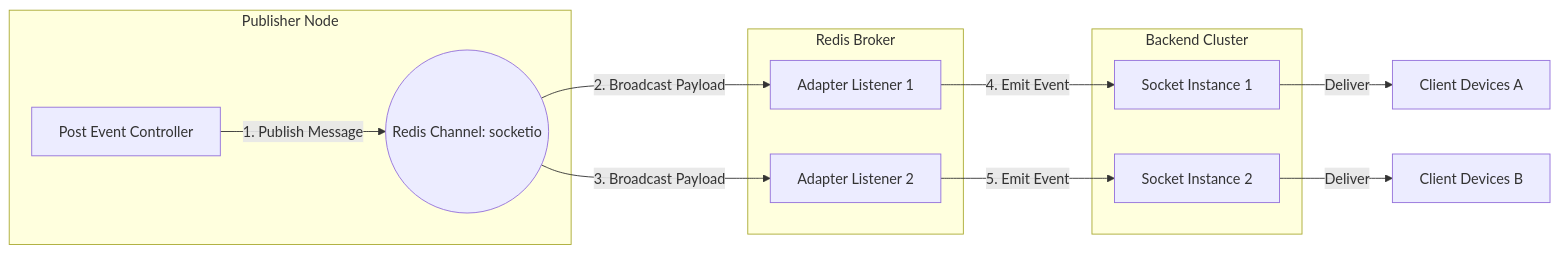
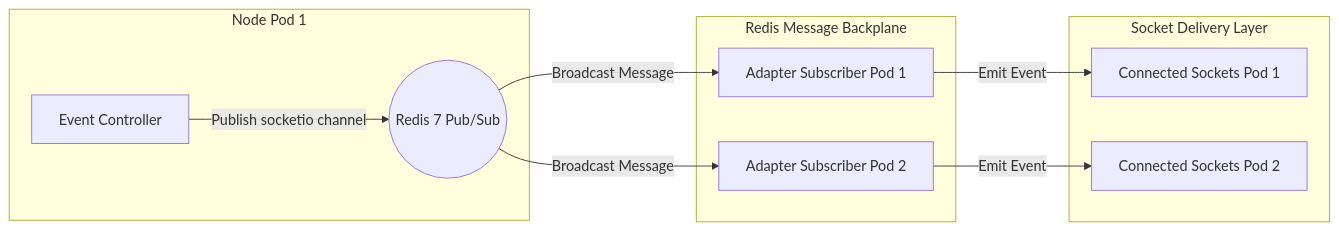
The fourth of 8 diagrams in ReadMe.md (vinayak-kumar-12/InstaClone), drawn with Mermaid before and after one commit. The commit also changed other lines of this file, not shown here.

Commit message:
docs: update README with architectural details, improved technical descriptions, and increased k6 load testing metric to 50k VUs

````diff
--- a/ReadMe.md
+++ b/ReadMe.md
@@ -439,19 +457,16 @@
 ```mermaid
 graph LR
-    subgraph Publisher Node
-        API[Post Event Controller] -->|1. Publish Message| RedisPubSub((Redis Channel: socketio))
+    subgraph Node Pod 1
+        Publisher[Event Controller] -->|Publish socketio channel| RedisBroker((Redis 7 Pub/Sub))
     end
     
-    subgraph Redis Broker
-        RedisPubSub -->|2. Broadcast Payload| Sub1[Adapter Listener 1]
-        RedisPubSub -->|3. Broadcast Payload| Sub2[Adapter Listener 2]
+    subgraph Redis Message Backplane
+        RedisBroker -->|Broadcast Message| Sub1[Adapter Subscriber Pod 1]
+        RedisBroker -->|Broadcast Message| Sub2[Adapter Subscriber Pod 2]
     end
     
-    subgraph Backend Cluster
-        Sub1 -->|4. Emit Event| SocketNode1[Socket Instance 1]
-        Sub2 -->|5. Emit Event| SocketNode2[Socket Instance 2]
+    subgraph Socket Delivery Layer
+        Sub1 -->|Emit Event| ClientSet1[Connected Sockets Pod 1]
+        Sub2 -->|Emit Event| ClientSet2[Connected Sockets Pod 2]
     end
-    
-    SocketNode1 -->|Deliver| ClientA[Client Devices A]
-    SocketNode2 -->|Deliver| ClientB[Client Devices B]
 ```
````
